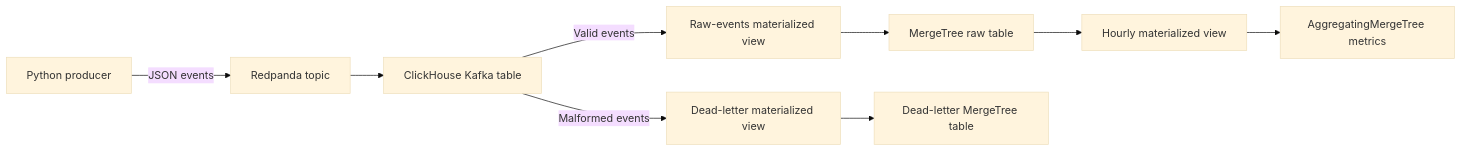
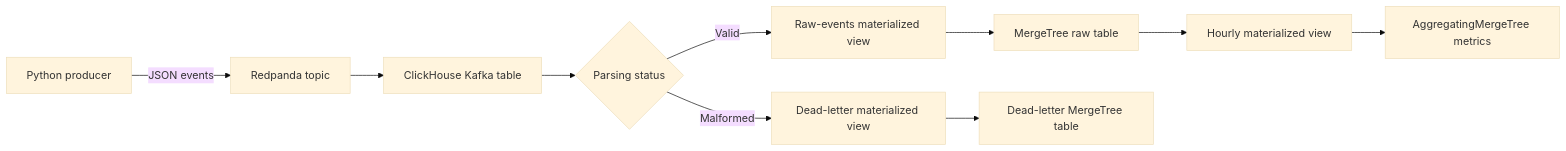
The diagram in README.md (hashemi-parisa/realtime-clickhouse-pipeline), drawn with Mermaid (base theme) before and after one commit. The commit also changed other lines of this file, not shown here.

````diff
--- a/README.md
+++ b/README.md
@@ -9,13 +15,12 @@
 ```mermaid
 flowchart LR
     A[Python producer] -->|JSON events| B[Redpanda topic]
     B --> C[ClickHouse Kafka table]
-
-    C -->|Valid events| D[Raw-events materialized view]
+    C --> G{Parsing status}
+    G -->|Valid| D[Raw-events materialized view]
     D --> E[MergeTree raw table]
     E --> F[Hourly materialized view]
-    F --> G[AggregatingMergeTree metrics]
-
-    C -->|Malformed events| H[Dead-letter materialized view]
-    H --> I[Dead-letter MergeTree table]
+    F --> H[AggregatingMergeTree metrics]
+    G -->|Malformed| I[Dead-letter materialized view]
+    I --> J[Dead-letter MergeTree table]
 ```
````
